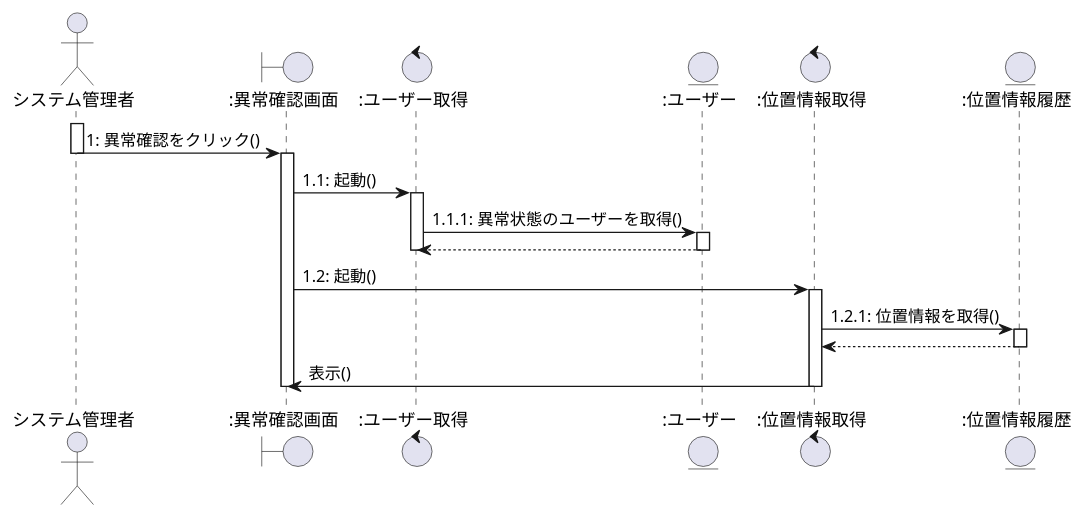
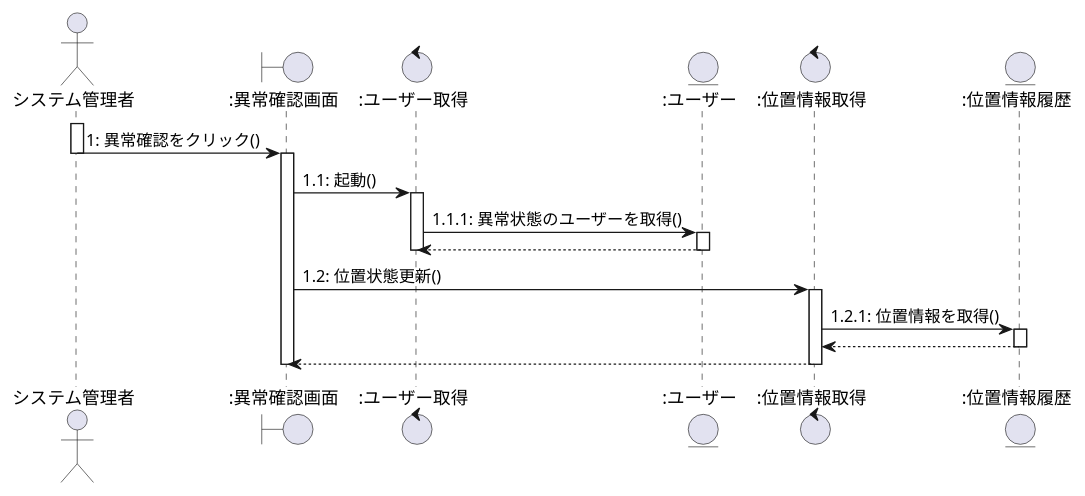
One commit to ksw2270227/GroupF changed the seventh of 7 diagrams in System.plantuml. Above: the diagram before and after it, drawn with PlantUML. The commit also changed 1 other file, not shown here.

```diff
--- a/System.plantuml
+++ b/System.plantuml
@@ -350,34 +350,34 @@
 @startuml ユーザー異常確認
 
 actor システム管理者 as 0
 Boundary ":異常確認画面" as a
 Control ":ユーザー取得" as b
 Entity ":ユーザー" as c
 Control ":位置情報取得" as d
 Entity ":位置情報履歴" as e
 
 activate 0
     0 -> a :1: 異常確認をクリック()
 deactivate 0
 activate a
     a -> b :1.1: 起動()
 activate b
     b -> c :1.1.1: 異常状態のユーザーを取得()
 activate c
     b <-- c
 deactivate c
 deactivate b
 
-    a -> d :1.2: 起動()
+    a -> d :1.2: 位置状態更新()
 activate d 
     d -> e :1.2.1: 位置情報を取得()
 activate e
     d <-- e
 deactivate e
-    d -> a :表示()
+    d --> a 
 deactivate d
 deactivate a
 
 
 
 @enduml
```
